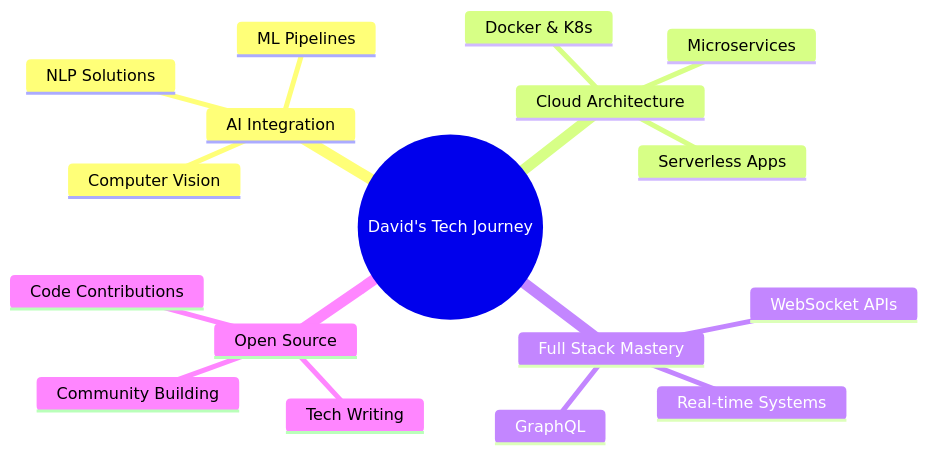
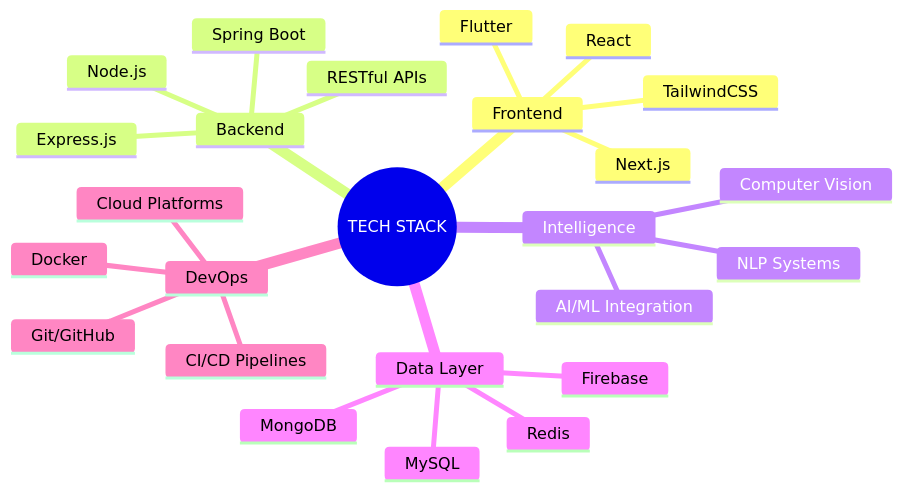
One commit to Daudicode12/Daudicode12 changed the diagram in README.md. Above: the diagram before and after it, drawn with Mermaid. The commit also changed other lines of this file, not shown here.

````diff
--- a/README.md
+++ b/README.md
@@ -220,20 +43,28 @@
 ```mermaid
 mindmap
-  root((David's Tech Journey))
-    AI Integration
+  root((TECH STACK))
+    Frontend
+      React
+      Flutter
+      Next.js
+      TailwindCSS
+    Backend
+      Node.js
+      Express.js
+      Spring Boot
+      RESTful APIs
+    Intelligence
+      AI/ML Integration
+      NLP Systems
       Computer Vision
-      NLP Solutions
-      ML Pipelines
-    Cloud Architecture
-      Serverless Apps
-      Microservices
-      Docker & K8s
-    Full Stack Mastery
-      Real-time Systems
-      WebSocket APIs
-      GraphQL
-    Open Source
-      Community Building
-      Code Contributions
-      Tech Writing
+    Data Layer
+      MySQL
+      MongoDB
+      Firebase
+      Redis
+    DevOps
+      Git/GitHub
+      Docker
+      Cloud Platforms
+      CI/CD Pipelines
 ```
````
